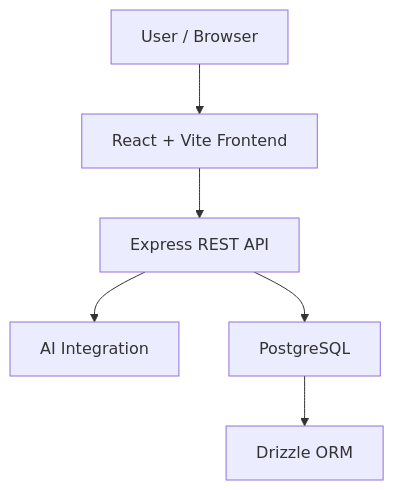
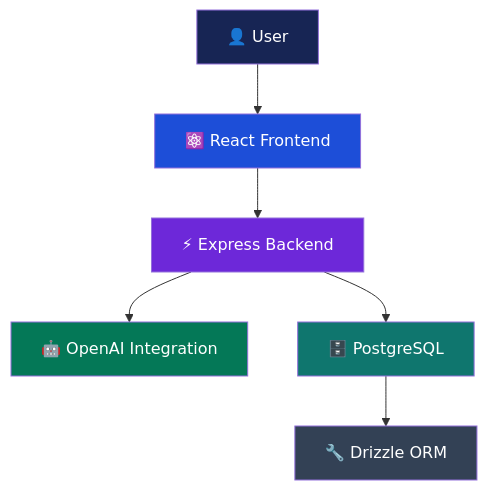
The diagram in README.md (Madhuri-Kumari2504/DraftMate-Legal-Studio), drawn with Mermaid before and after one commit. The commit also changed other lines of this file, not shown here.

````diff
--- a/README.md
+++ b/README.md
@@ -42,8 +82,15 @@
 ```mermaid
 flowchart TD
-    A[User / Browser] --> B[React + Vite Frontend]
-    B --> C[Express REST API]
-    C --> D[AI Integration]
-    C --> E[PostgreSQL]
-    E --> F[Drizzle ORM]
+    A["👤 User"] --> B["⚛️ React Frontend"]
+    B --> C["⚡ Express Backend"]
+    C --> D["🤖 OpenAI Integration"]
+    C --> E["🗄️ PostgreSQL"]
+    E --> F["🔧 Drizzle ORM"]
+
+    style A fill:#172554,color:#ffffff
+    style B fill:#1d4ed8,color:#ffffff
+    style C fill:#6d28d9,color:#ffffff
+    style D fill:#047857,color:#ffffff
+    style E fill:#0f766e,color:#ffffff
+    style F fill:#334155,color:#ffffff
 ```
````
